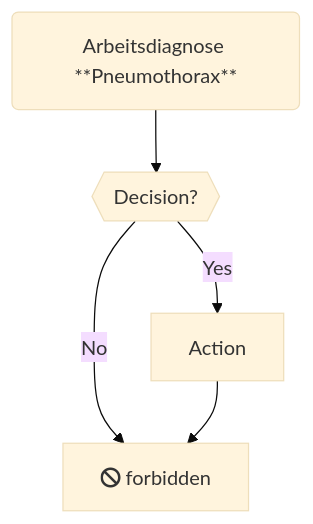
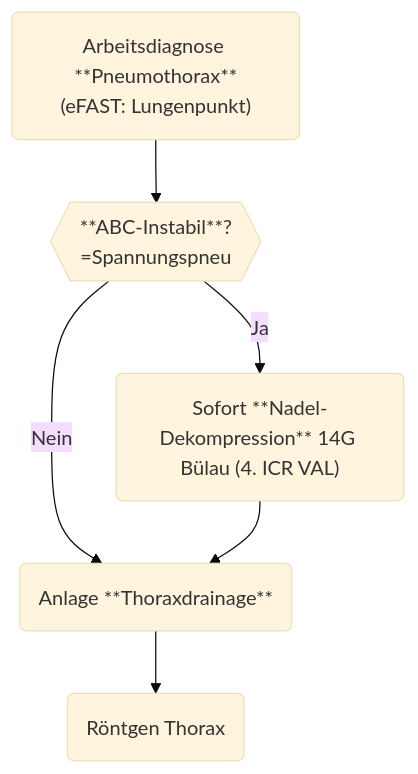
One commit to vncntwbr/notfallbausteine changed the diagram in content/Pneu.md. Above: the diagram before and after it, drawn with Mermaid (base theme).

Commit message:
Quartz sync: Mar 28, 2026, 4:13 PM

````diff
--- a/content/Pneu.md
+++ b/content/Pneu.md
@@ -15,8 +15,10 @@
 ```mermaid
 flowchart TD
-    A("Arbeitsdiagnose **Pneumothorax**") --> B{{Decision?}}
-    B -->|Yes| C[Action]
-    B -->|No| D[fa:fa-ban forbidden]
+    A("Arbeitsdiagnose **Pneumothorax**<br>(eFAST: Lungenpunkt)") --> B{{"**ABC-Instabil**?<br>=Spannungspneu"}}
+    B -->|Ja| C("Sofort **Nadel-Dekompression** 14G Bülau (4. ICR VAL)")
+    B -->|Nein| D(Anlage **Thoraxdrainage**)
     C --> D
+    D --> E(Röntgen Thorax)
     click C "https://www.github.com" "Open this in a new tab" _blank
+    click D "https://www.github.com" "Open this in a new tab" _blank
 ```
````
